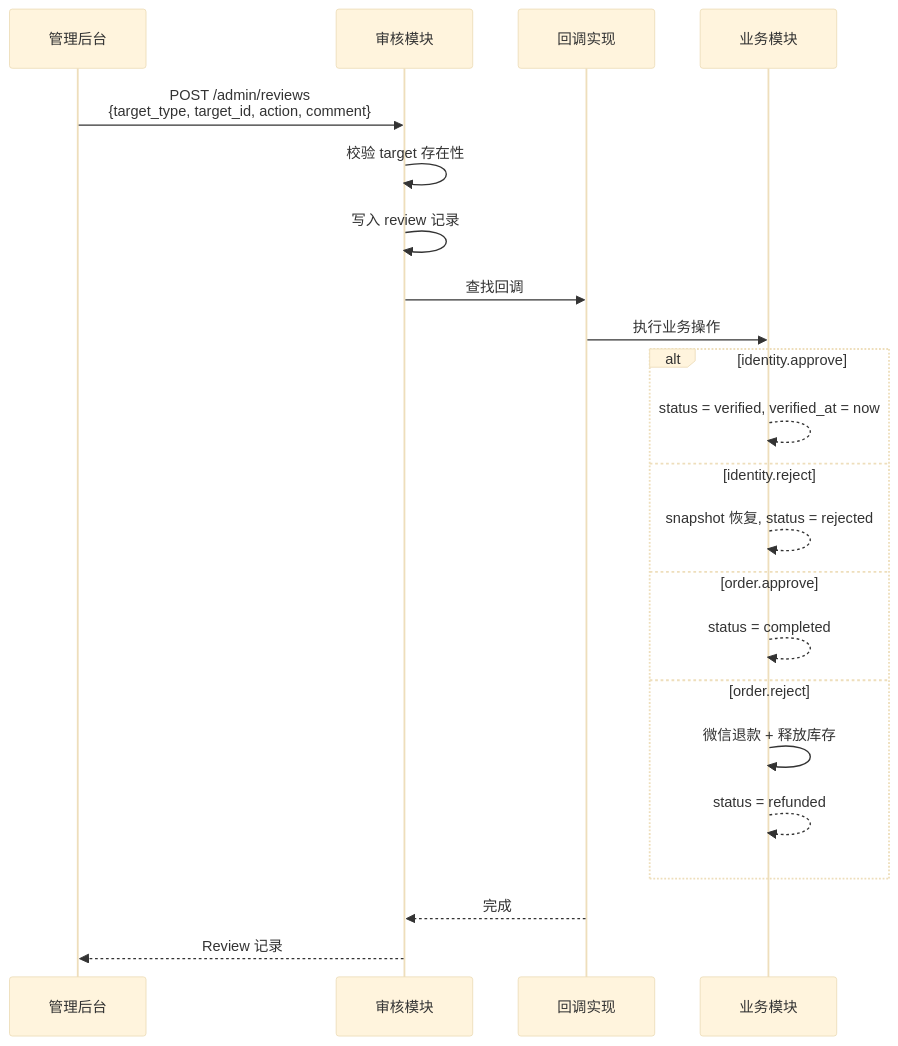
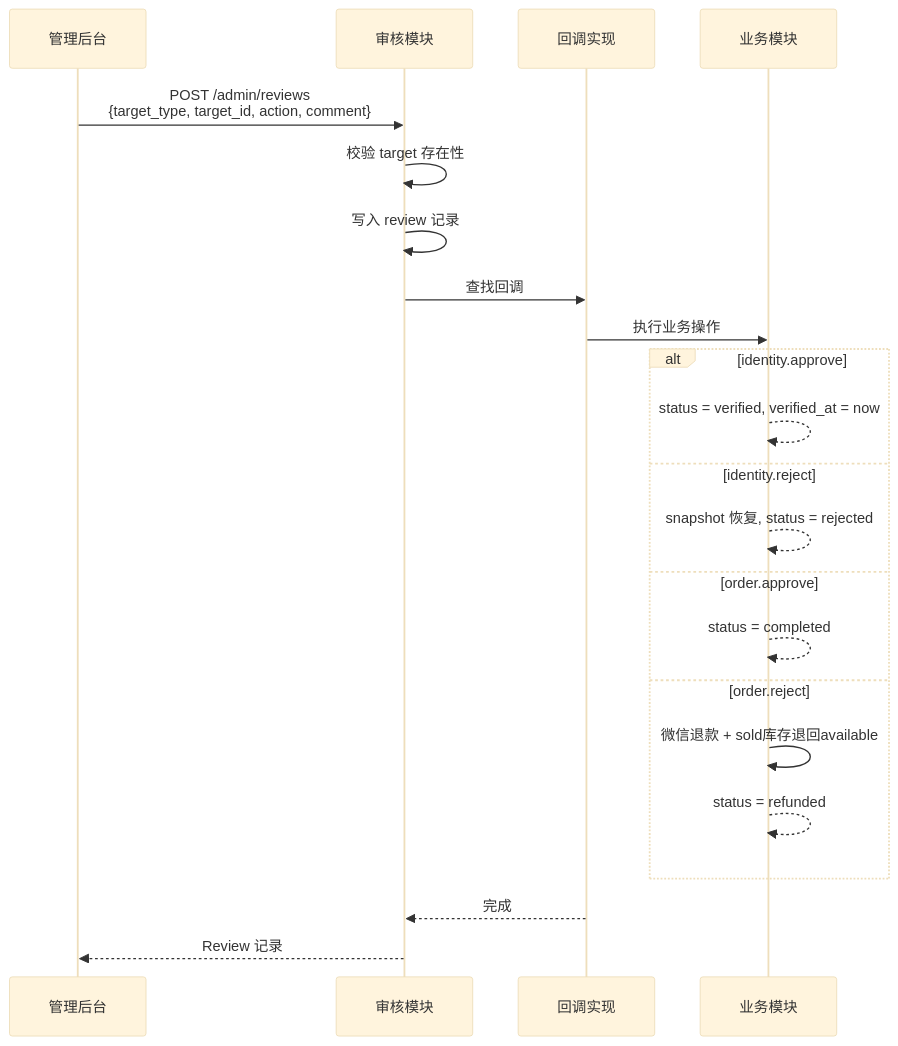
Before and after one commit to BishengTeam/Backend: the fourth of 4 diagrams in docs/认证业务流程.md, drawn with Mermaid (base theme). The commit also changed other lines of this file and 64 other files, not shown here.

````diff
--- a/docs/认证业务流程.md
+++ b/docs/认证业务流程.md
@@ -153,25 +153,25 @@
 ```mermaid
 sequenceDiagram
     participant Admin as 管理后台
     participant Review as 审核模块
     participant Callback as 回调实现
     participant Business as 业务模块
 
     Admin->>Review: POST /admin/reviews<br/>{target_type, target_id, action, comment}
     Review->>Review: 校验 target 存在性
     Review->>Review: 写入 review 记录
     Review->>Callback: 查找回调
     Callback->>Business: 执行业务操作
     alt identity.approve
         Business-->>Business: status = verified, verified_at = now
     else identity.reject
         Business-->>Business: snapshot 恢复, status = rejected
     else order.approve
         Business-->>Business: status = completed
     else order.reject
-        Business->>Business: 微信退款 + 释放库存
+        Business->>Business: 微信退款 + sold库存退回available
         Business-->>Business: status = refunded
     end
     Callback-->>Review: 完成
     Review-->>Admin: Review 记录
 ```
````
